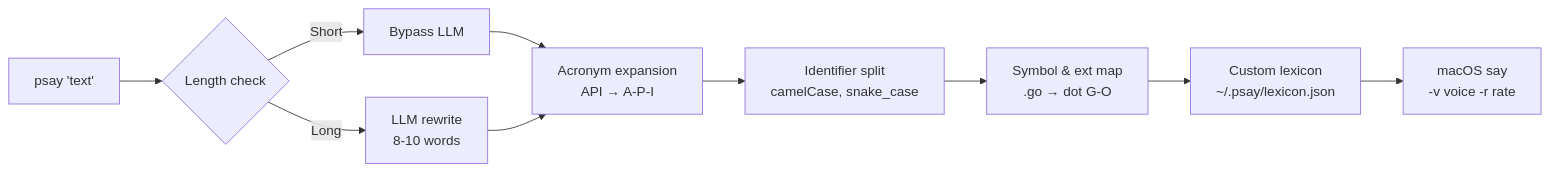
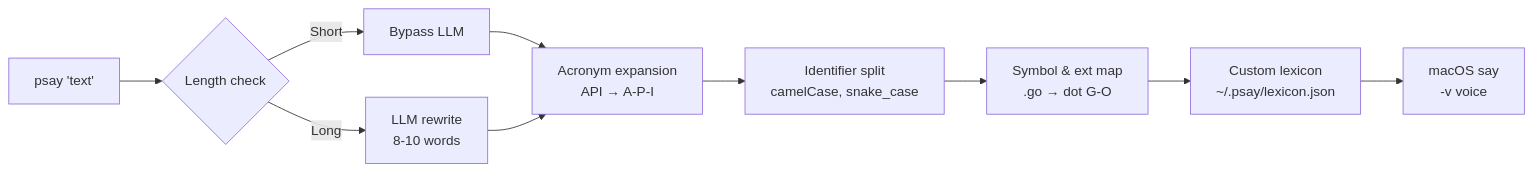
The diagram in README.md (ssupawat/psay), drawn with Mermaid before and after one commit. The commit also changed other lines of this file, not shown here.

Commit message:
Drop -r rate flag, rename Agent Protocol to Example

````diff
--- a/README.md
+++ b/README.md
@@ -22,18 +22,18 @@
 ```mermaid
 flowchart LR
   A["psay 'text'"] --> B{Length check}
   B -->|Short| C["Bypass LLM"]
   B -->|Long| D["LLM rewrite
 8-10 words"]
   C --> E["Acronym expansion
 API → A-P-I"]
   D --> E
   E --> F["Identifier split
 camelCase, snake_case"]
   F --> G["Symbol & ext map
 .go → dot G-O"]
   G --> H["Custom lexicon
 ~/.psay/lexicon.json"]
   H --> I["macOS say
--v voice -r rate"]
+-v voice"]
 ```
````
